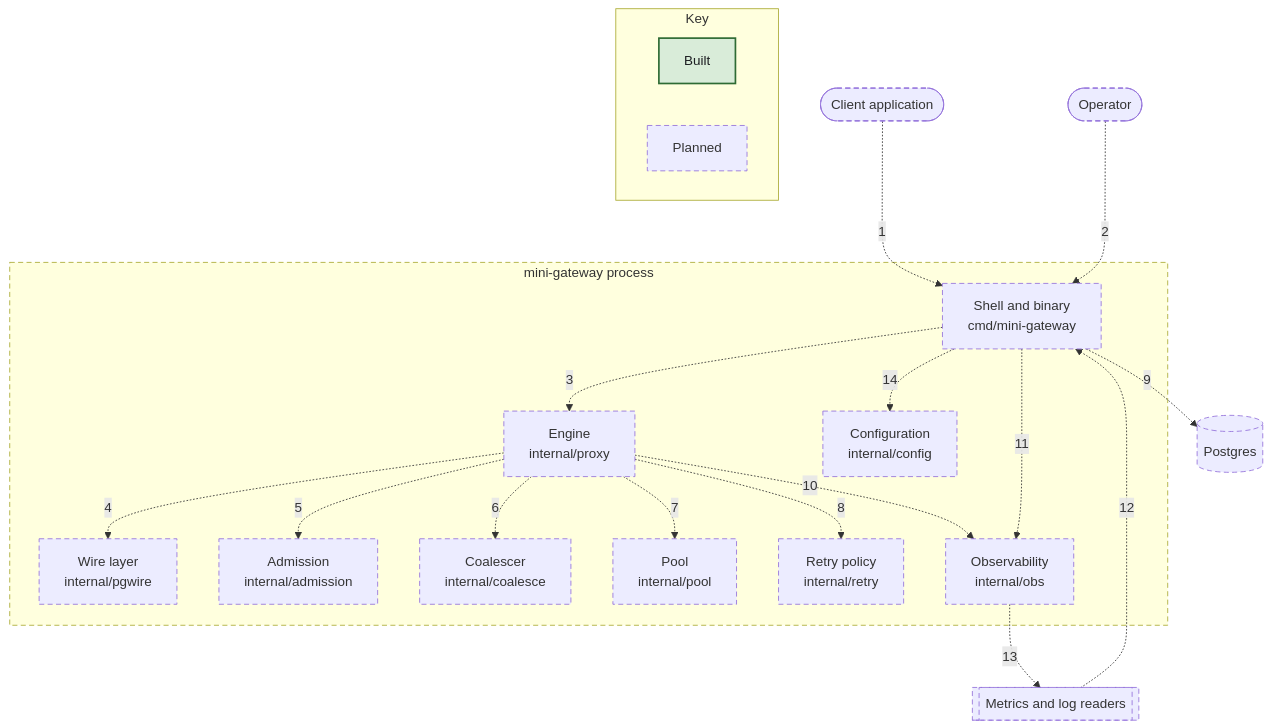
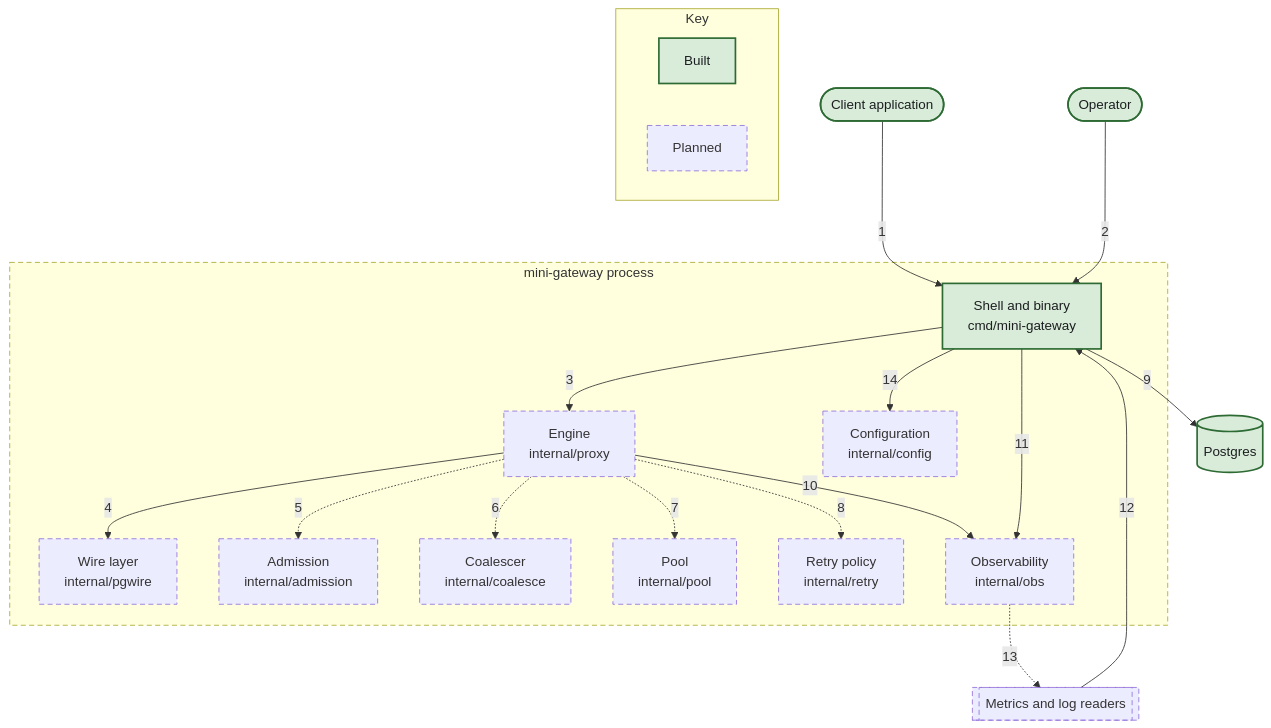
One commit to nickstrad/mini-gateway changed the diagram in docs/c4/diagrams/02-container-request-path.mmd. Above: the diagram before and after it, drawn with Mermaid. The commit also changed 21 other files, not shown here.

Commit message:
c4: mark chunk 6 built (walking skeleton: engine, shell, config, e2e) and bring the engine, container, simulator and observability diagrams up to date

```diff
--- a/docs/c4/diagrams/02-container-request-path.mmd
+++ b/docs/c4/diagrams/02-container-request-path.mmd
@@ -1,37 +1,37 @@
 flowchart TB
-  APP(["Client application"]):::planned
-  OPERATOR(["Operator"]):::planned
-  PG[("Postgres")]:::planned
+  APP(["Client application"]):::built
+  OPERATOR(["Operator"]):::built
+  PG[("Postgres")]:::built
   TELEMETRY[["Metrics and log readers"]]:::planned
   subgraph SCOPE["mini-gateway process"]
-    C_SHELL["Shell and binary<br/>cmd/mini-gateway"]:::planned
+    C_SHELL["Shell and binary<br/>cmd/mini-gateway"]:::built
     C_ENGINE["Engine<br/>internal/proxy"]:::planned
     C_PGWIRE["Wire layer<br/>internal/pgwire"]:::planned
     C_ADM["Admission<br/>internal/admission"]:::planned
     C_COAL["Coalescer<br/>internal/coalesce"]:::planned
     C_POOL["Pool<br/>internal/pool"]:::planned
     C_RETRY["Retry policy<br/>internal/retry"]:::planned
     C_OBS["Observability<br/>internal/obs"]:::planned
     C_CONFIG["Configuration<br/>internal/config"]:::planned
   end
-  APP -.->|1| C_SHELL
-  OPERATOR -.->|2| C_SHELL
-  C_SHELL -.->|3| C_ENGINE
-  C_ENGINE -.->|4| C_PGWIRE
+  APP -->|1| C_SHELL
+  OPERATOR -->|2| C_SHELL
+  C_SHELL -->|3| C_ENGINE
+  C_ENGINE -->|4| C_PGWIRE
   C_ENGINE -.->|5| C_ADM
   C_ENGINE -.->|6| C_COAL
   C_ENGINE -.->|7| C_POOL
   C_ENGINE -.->|8| C_RETRY
-  C_SHELL -.->|9| PG
-  C_ENGINE -.->|10| C_OBS
-  C_SHELL -.->|11| C_OBS
-  TELEMETRY -.->|12| C_SHELL
+  C_SHELL -->|9| PG
+  C_ENGINE -->|10| C_OBS
+  C_SHELL -->|11| C_OBS
+  TELEMETRY -->|12| C_SHELL
   C_OBS -.->|13| TELEMETRY
-  C_SHELL -.->|14| C_CONFIG
+  C_SHELL -->|14| C_CONFIG
   subgraph KEY["Key"]
     KEY_BUILT["Built"]:::built
     KEY_PLANNED["Planned"]:::planned
   end
   classDef built fill:#d9ecd9,stroke:#2e6b34,stroke-width:2px,color:#1c1e21
   classDef planned stroke-width:1px,stroke-dasharray:6 4
   style SCOPE stroke-dasharray:6 4
```
